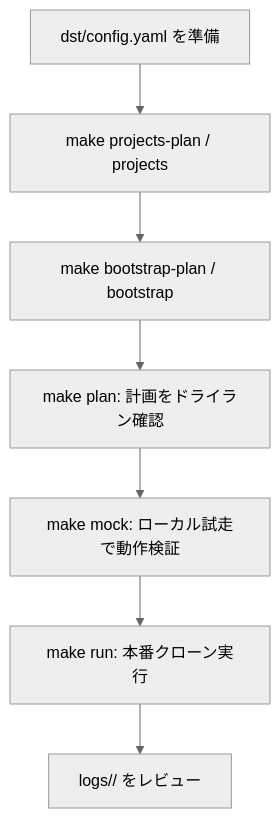
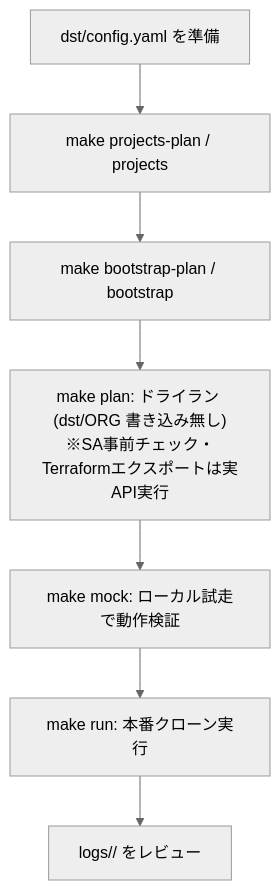
One commit to shin5ok/gcp-copy-allenv changed the diagram in README.md. Above: the diagram before and after it, drawn with Mermaid (neutral theme). The commit also changed other lines of this file, not shown here.

Commit message:
docs: make plan が表示のみでなく SA 事前チェック / bulk-export を実 API 実行する旨を明記

````diff
--- a/README.md
+++ b/README.md
@@ -155,9 +155,9 @@
 ```mermaid
 graph TD
     A[dst/config.yaml を準備] --> B[make projects-plan / projects]
     B --> B2[make bootstrap-plan / bootstrap]
-    B2 --> C[make plan: 計画をドライラン確認]
+    B2 --> C["make plan: ドライラン (dst/ORG 書き込み無し)<br/>※SA事前チェック・Terraformエクスポートは実API実行"]
     C --> D[make mock: ローカル試走で動作検証]
     D --> E[make run: 本番クローン実行]
     E --> F[logs/<timestamp>/ をレビュー]
 ```
````
